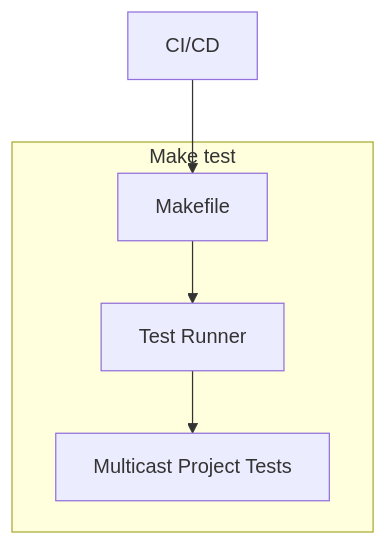
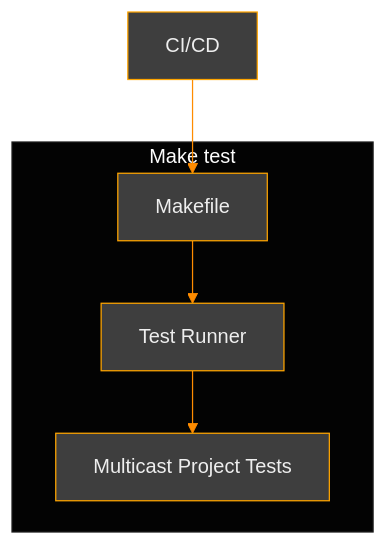
Before and after one commit to reactive-firewall/multicast: the first of 4 diagrams in docs/Testing.md, drawn with Mermaid. The commit also changed other lines of this file and 2 other files, not shown here.

First line of the commit message:
[DOCUMENTATION] Follow-up work on mermaid support for readthedocs.io (- WIP #413 -)

````diff
--- a/docs/Testing.md
+++ b/docs/Testing.md
@@ -106,13 +106,14 @@
 ```mermaid
+%%{ init: { 'theme': 'base', 'themeVariables': { 'darkMode': true, 'primaryColor': '#3e3e3e', 'background': 'transparent', 'primaryBorderColor': 'Orange', 'lineColor': 'darkOrange', 'secondaryColor': 'transparent', 'tertiaryColor': '#030303' }} }%%
 graph TD;
     CI["CI/CD"];
 
     CI-->MAKE;
     subgraph "Make test"
     MAKE["Makefile"];
     TOOL["Test Runner"];
     TESTS["Multicast Project Tests"];
     MAKE-->TOOL;
     TOOL-->TESTS;
     end
 ```
````
